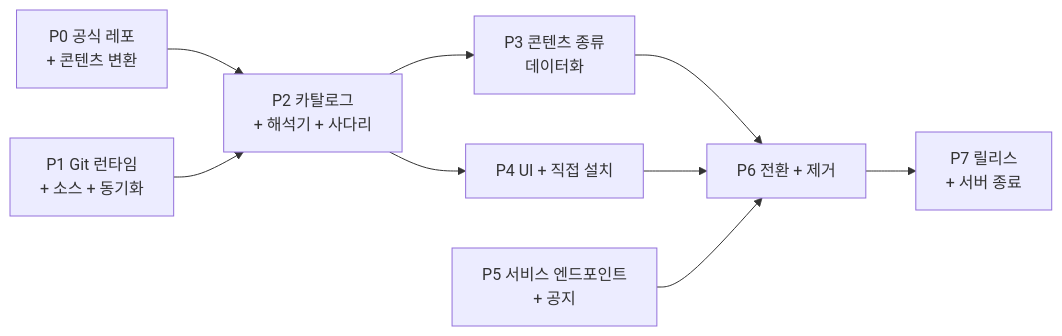
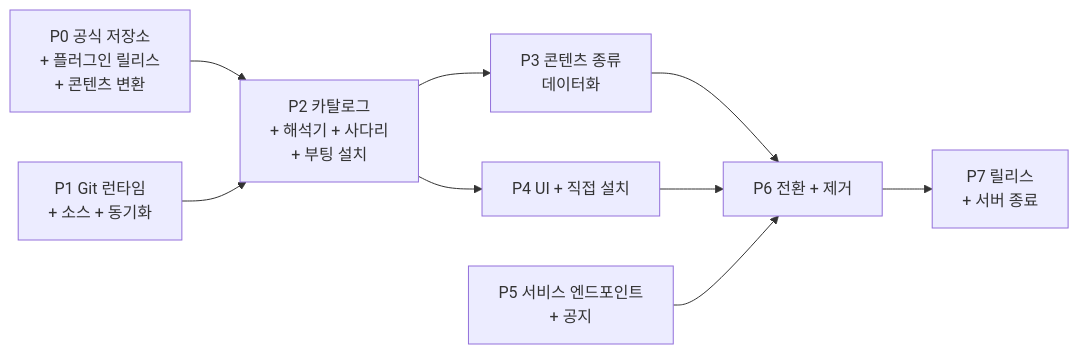
Before and after one commit to ken-jo/ave: the diagram in docs/ko/blueprints/multi-source-git-marketplace.md, drawn with Mermaid. The commit also changed other lines of this file and 6 other files, not shown here.

````diff
--- a/docs/ko/blueprints/multi-source-git-marketplace.md
+++ b/docs/ko/blueprints/multi-source-git-marketplace.md
@@ -26,11 +27,11 @@
 ```mermaid
 flowchart LR
-  P0[P0 공식 레포<br/>+ 콘텐츠 변환] --> P2
-  P1[P1 Git 런타임<br/>+ 소스 + 동기화] --> P2[P2 카탈로그<br/>+ 해석기 + 사다리]
+  P0[P0 공식 저장소<br/>+ 플러그인 릴리스<br/>+ 콘텐츠 변환] --> P2
+  P1[P1 Git 런타임<br/>+ 소스 + 동기화] --> P2[P2 카탈로그<br/>+ 해석기 + 사다리<br/>+ 부팅 설치]
   P2 --> P3[P3 콘텐츠 종류<br/>데이터화]
   P2 --> P4[P4 UI + 직접 설치]
   P3 --> P6
   P4 --> P6
   P5[P5 서비스 엔드포인트<br/>+ 공지] --> P6[P6 전환 + 제거]
   P6 --> P7[P7 릴리스<br/>+ 서버 종료]
 ```
````
